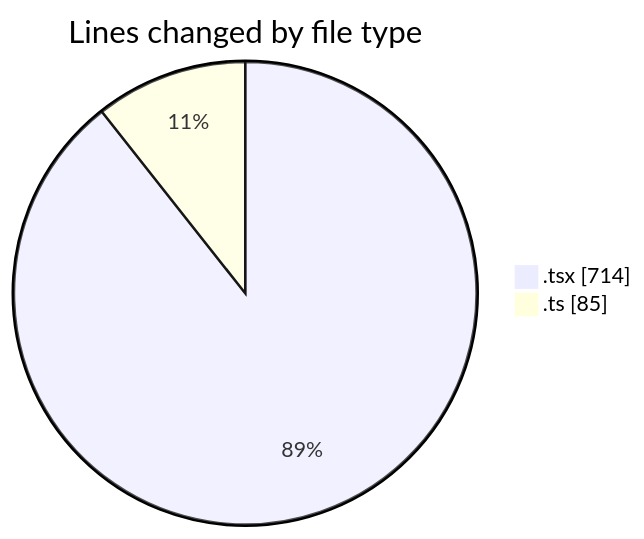
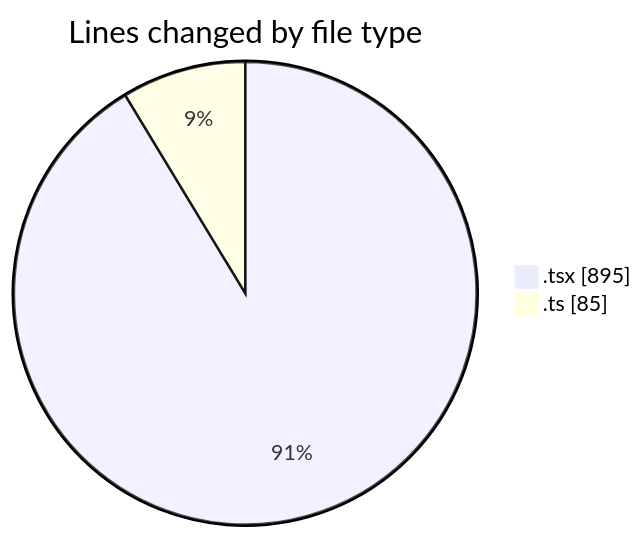
The first of 2 diagrams in 2025-03-19/peregrino-web/README.md (robertbonfada/code-tracking), drawn with Mermaid before and after one commit. The commit also changed other lines of this file and 1 other file, not shown here.

````diff
--- a/2025-03-19/peregrino-web/README.md
+++ b/2025-03-19/peregrino-web/README.md
@@ -34,6 +35,6 @@
 ```mermaid
 pie showData
 title Lines changed by file type
-".tsx" : 714
+".tsx" : 895
 ".ts" : 85
 ```
````
